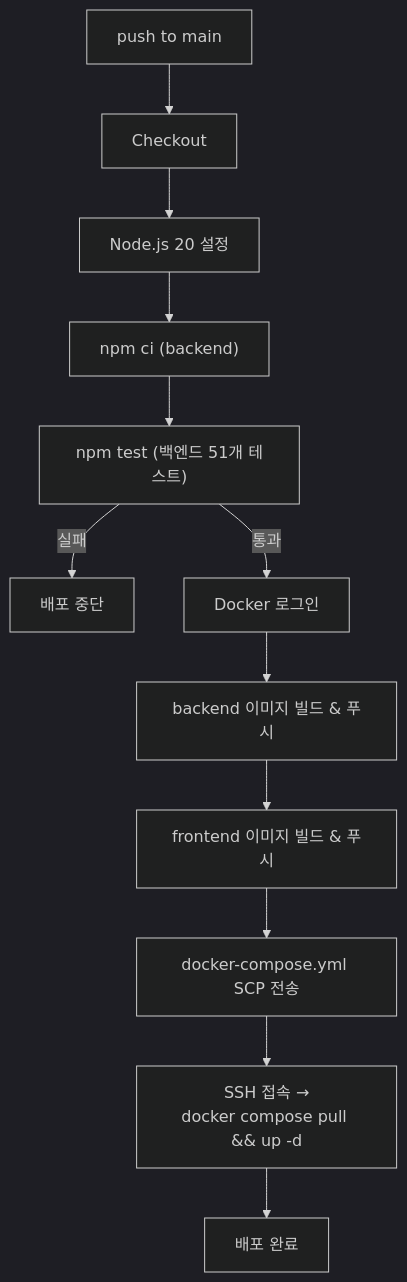
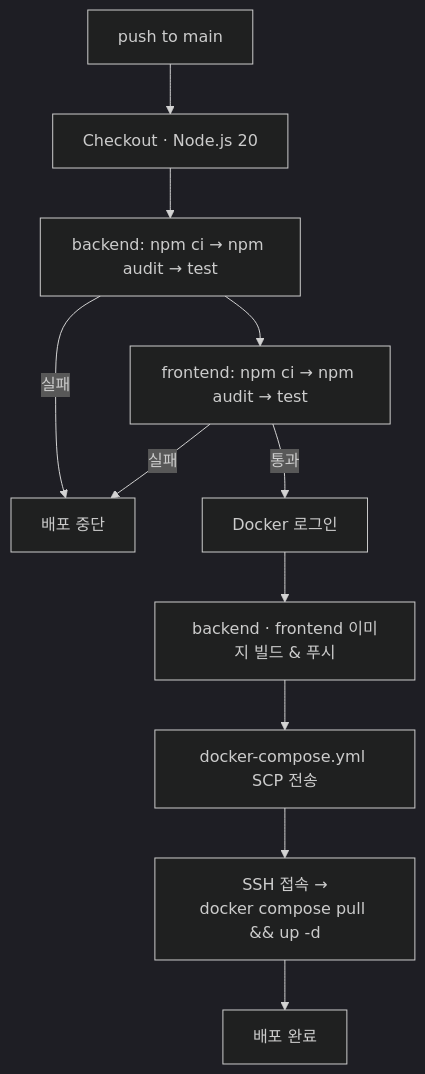
The fourth of 4 diagrams in README.md (gajigaji04/AI-Career-Tracker), drawn with Mermaid (dark theme) before and after one commit. The commit also changed other lines of this file and 5 other files, not shown here.

````diff
--- a/README.md
+++ b/README.md
@@ -623,14 +671,13 @@
 ```mermaid
 flowchart TD
-    A["push to main"] --> B["Checkout"]
-    B --> C["Node.js 20 설정"]
-    C --> D["npm ci (backend)"]
-    D --> E["npm test (백엔드 51개 테스트)"]
-    E -->|실패| STOP["배포 중단"]
-    E -->|통과| F["Docker 로그인"]
-    F --> G["backend 이미지 빌드 & 푸시"]
-    G --> H["frontend 이미지 빌드 & 푸시"]
-    H --> I["docker-compose.yml SCP 전송"]
+    A["push to main"] --> B["Checkout · Node.js 20"]
+    B --> C["backend: npm ci → npm audit → test"]
+    C --> D["frontend: npm ci → npm audit → test"]
+    C -->|실패| STOP["배포 중단"]
+    D -->|실패| STOP
+    D -->|통과| F["Docker 로그인"]
+    F --> G["backend · frontend 이미지 빌드 & 푸시"]
+    G --> I["docker-compose.yml SCP 전송"]
     I --> J["SSH 접속 →<br/>docker compose pull && up -d"]
     J --> K["배포 완료"]
 ```
````
